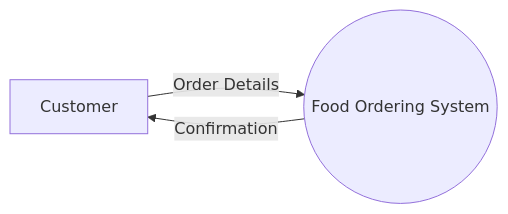
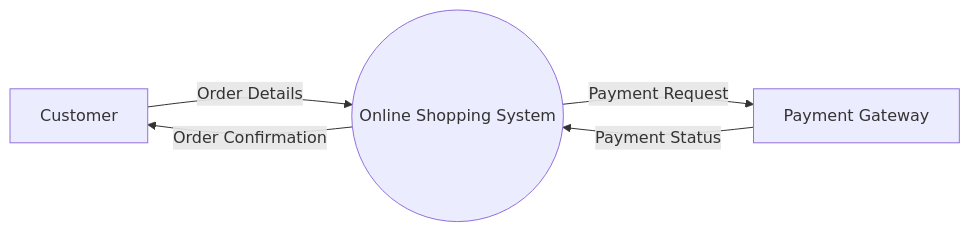
Before and after one commit to namaewafaisal/Obsidian_Vault: the first of 3 diagrams in 03-Academics/OOSE/New Draft/5.4 — Data Flow Diagram (DFD).md, drawn with Mermaid. The commit also changed other lines of this file, not shown here.

````diff
--- a/03-Academics/OOSE/New Draft/5.4 — Data Flow Diagram (DFD).md
+++ b/03-Academics/OOSE/New Draft/5.4 — Data Flow Diagram (DFD).md
@@ -66,8 +155,14 @@
 ```mermaid
 flowchart LR
-    Customer[Customer]
-    System((Food Ordering System))
 
-    Customer -->|Order Details| System
-    System -->|Confirmation| Customer
+Customer[Customer]
+Payment[Payment Gateway]
+
+System((Online Shopping System))
+
+Customer -- Order Details --> System
+System -- Order Confirmation --> Customer
+
+System -- Payment Request --> Payment
+Payment -- Payment Status --> System
 ```
````
